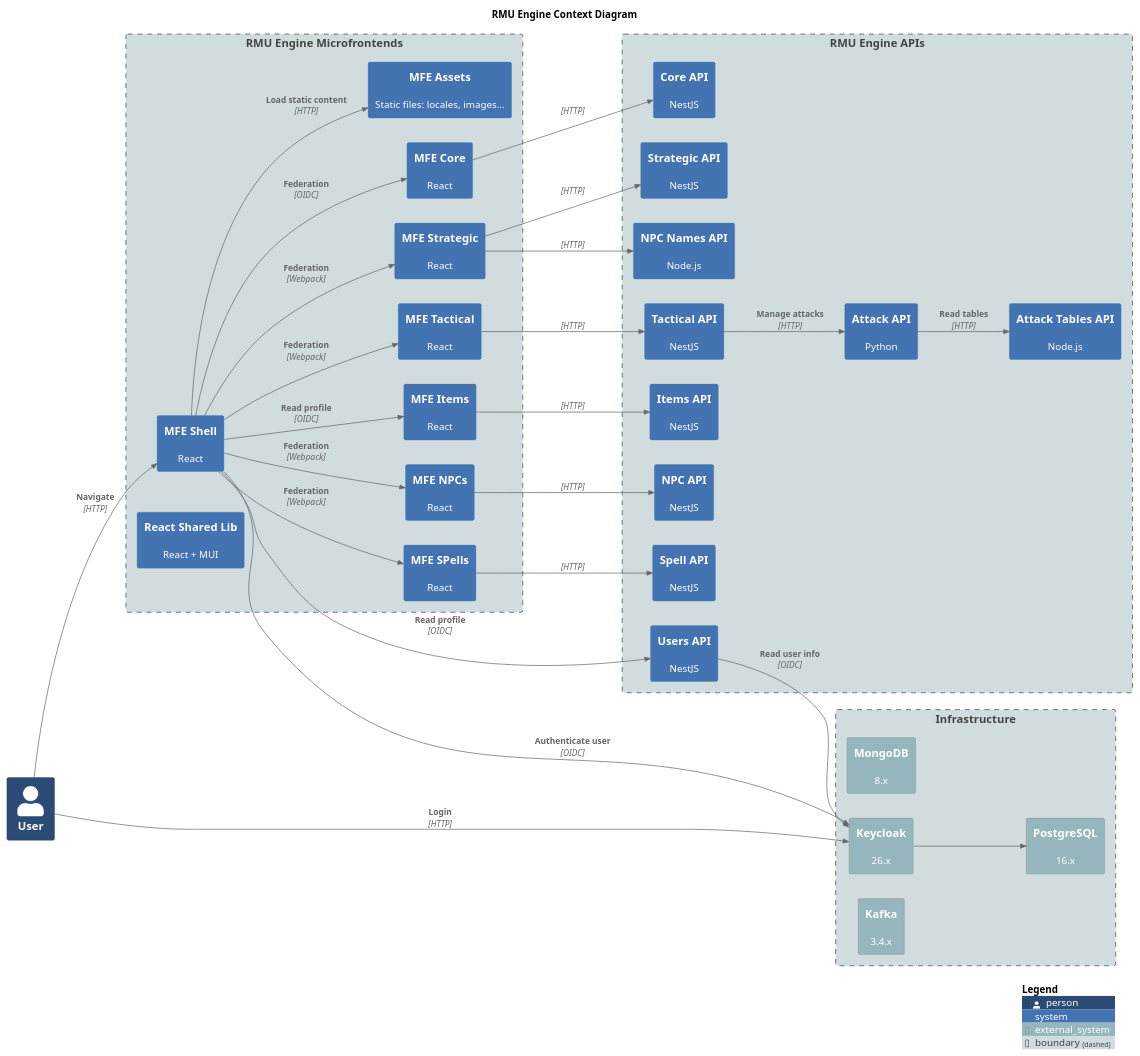
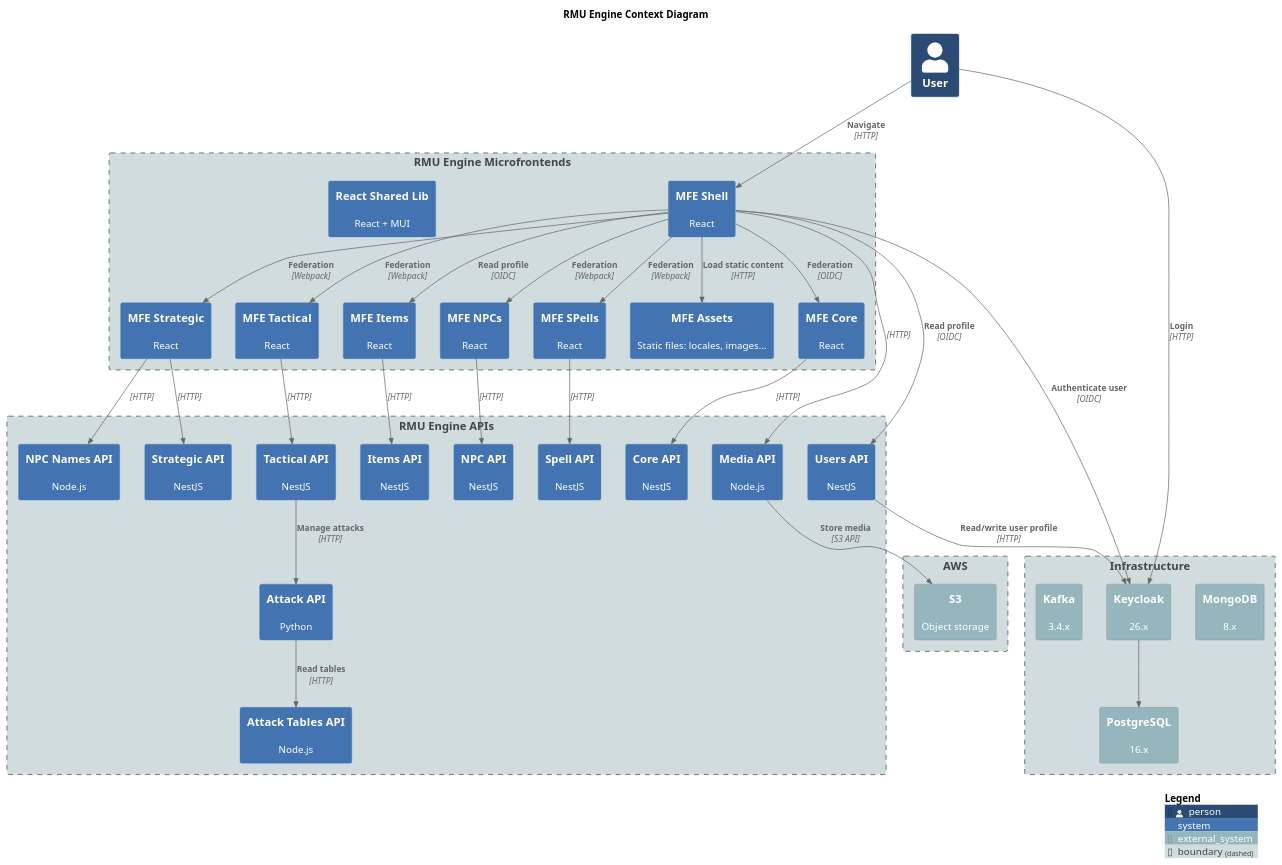
The diagram in diagrams/c4-context.plantuml (labcabrera/rmu-platform), drawn with PlantUML before and after one commit. The commit also changed 2 other files, not shown here.

```diff
--- a/diagrams/c4-context.plantuml
+++ b/diagrams/c4-context.plantuml
@@ -1,84 +1,92 @@
 @startuml c4-context
 title RMU Engine Context Diagram
 
 !include https://raw.githubusercontent.com/plantuml-stdlib/C4-PlantUML/master/C4_Context.puml
 
-LAYOUT_LEFT_RIGHT()
+' LAYOUT_LEFT_RIGHT()
 
 UpdateElementStyle(person, $bgColor="#2b4a74ff")
 UpdateElementStyle(system, $bgColor="#4373b1ff")
 UpdateElementStyle(external_system, $bgColor="#96b6beff")
 UpdateElementStyle(boundary, $bgColor="#d1dcdfff")
 
 Person(user, "User")
 
 Boundary(frontend, "RMU Engine Microfrontends") {
     System(rmu_mfe_shell, "MFE Shell", "React")
     System(rmu_mfe_core, "MFE Core", "React")
     System(rmu_mfe_strategic, "MFE Strategic", "React")
     System(rmu_mfe_tactical, "MFE Tactical", "React")
     System(rmu_mfe_items, "MFE Items", "React")
     System(rmu_mfe_npc, "MFE NPCs", "React")
     System(rmu_mfe_spells, "MFE SPells", "React")
     System(rmu_react_shared_lib, "React Shared Lib", "React + MUI")
     System(rmu_mfe_assets, "MFE Assets", "Static files: locales, images...")
 }
 
 Boundary(apis, "RMU Engine APIs") {
     System(rmu_api_users, "Users API", "NestJS")
     System(rmu_api_core, "Core API", "NestJS")
     System(rmu_api_strategic, "Strategic API", "NestJS")
     System(rmu_api_tactical, "Tactical API", "NestJS")
     System(rmu_api_npc, "NPC API", "NestJS")
     System(rmu_api_npc_names, "NPC Names API", "Node.js")
     System(rmu_api_attack, "Attack API", "Python")
     System(rmu_api_spells, "Spell API", "NestJS")
     System(rmu_api_items, "Items API", "NestJS")
     System(rmu_api_attack_tables, "Attack Tables API", "Node.js")
+    System(rmu_api_media, "Media API", "Node.js")
 }
 
 Boundary(infrastructure, "Infrastructure") {
     System_Ext(mongodb, "MongoDB", "8.x")
     System_Ext(keycloak, "Keycloak", "26.x")
     System_Ext(kafka, "Kafka", "3.4.x")
     System_Ext(postgresql, "PostgreSQL", "16.x")
+}
+
+Boundary(aws, "AWS") {
+    System_Ext(s3, "S3", "Object storage")
 }
 
 Rel(user, rmu_mfe_shell, "Navigate", "HTTP")
 Rel(user, keycloak, "Login", "HTTP")
 
 Rel(rmu_mfe_shell, rmu_mfe_core, "Federation", "OIDC")
 Rel(rmu_mfe_shell, rmu_mfe_strategic, "Federation", "Webpack")
 Rel(rmu_mfe_shell, rmu_mfe_tactical, "Federation", "Webpack")
 Rel(rmu_mfe_shell, rmu_mfe_items, "Read profile", "OIDC")
 Rel(rmu_mfe_shell, rmu_mfe_npc, "Federation", "Webpack")
 Rel(rmu_mfe_shell, rmu_mfe_spells, "Federation", "Webpack")
 
 Rel(rmu_mfe_shell, rmu_api_users, "Read profile", "OIDC")
 Rel(rmu_mfe_shell, keycloak, "Authenticate user", "OIDC")
 Rel(rmu_mfe_shell, rmu_mfe_assets, "Load static content", "HTTP")
+Rel(rmu_mfe_shell, rmu_api_media, "", "HTTP")
 
 Rel(rmu_mfe_core, rmu_api_core, "", "HTTP")
 
 Rel(rmu_mfe_strategic, rmu_api_strategic, "", "HTTP")
 Rel(rmu_mfe_strategic, rmu_api_npc_names, "", "HTTP")
 
 Rel(rmu_mfe_tactical, rmu_api_tactical, "", "HTTP")
 
-Rel(rmu_api_users, keycloak, "Read user info", "OIDC")
+Rel(rmu_api_users, keycloak, "Read/write user profile", "HTTP")
 
 Rel(rmu_mfe_npc, rmu_api_npc, "", "HTTP")
 
 Rel(rmu_mfe_items, rmu_api_items, "", "HTTP")
 
 Rel(rmu_mfe_spells, rmu_api_spells, "", "HTTP")
 
 Rel(rmu_api_tactical, rmu_api_attack, "Manage attacks", "HTTP")
 
 Rel(rmu_api_attack, rmu_api_attack_tables, "Read tables", "HTTP")
 
 Rel(keycloak, postgresql, "", "")
 
+Rel(rmu_api_media, s3, "Store media", "S3 API")
+
 SHOW_LEGEND()
 
 @enduml
```
